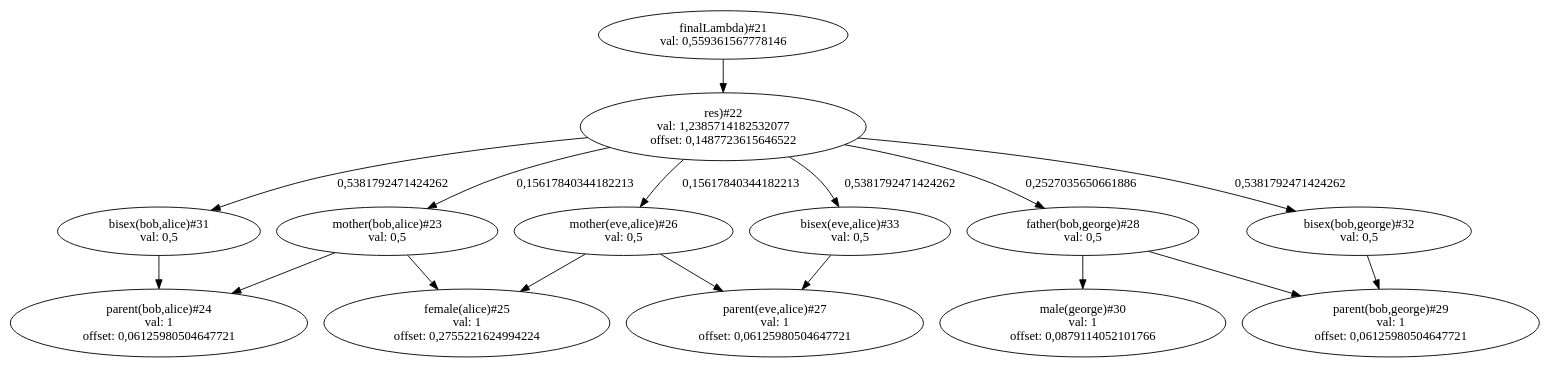
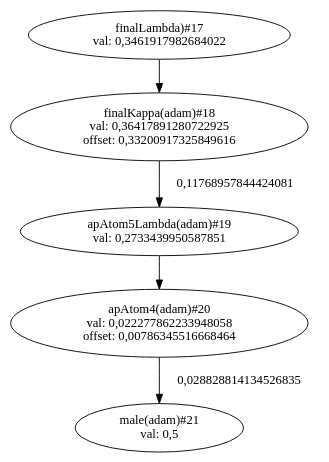
Before and after one commit to GustikS/Neurologic: the diagram in graph.dot, drawn with Graphviz. The commit also changed 11 other files, not shown here.

```diff
--- a/graph.dot
+++ b/graph.dot
@@ -1,66 +1,18 @@
 digraph G {
-"finalLambda)#21
-val: 0,559361567778146" -> "res)#22
-val: 1,2385714182532077
-offset: 0,1487723615646522";
-"res)#22
-val: 1,2385714182532077
-offset: 0,1487723615646522" -> "mother(bob,alice)#23
-val: 0,5" [ label = "0,15617840344182213" ];
-"mother(bob,alice)#23
-val: 0,5" -> "parent(bob,alice)#24
-val: 1
-offset: 0,06125980504647721";
-"mother(bob,alice)#23
-val: 0,5" -> "female(alice)#25
-val: 1
-offset: 0,2755221624994224";
-"res)#22
-val: 1,2385714182532077
-offset: 0,1487723615646522" -> "mother(eve,alice)#26
-val: 0,5" [ label = "0,15617840344182213" ];
-"mother(eve,alice)#26
-val: 0,5" -> "parent(eve,alice)#27
-val: 1
-offset: 0,06125980504647721";
-"mother(eve,alice)#26
-val: 0,5" -> "female(alice)#25
-val: 1
-offset: 0,2755221624994224";
-"res)#22
-val: 1,2385714182532077
-offset: 0,1487723615646522" -> "father(bob,george)#28
-val: 0,5" [ label = "0,2527035650661886" ];
-"father(bob,george)#28
-val: 0,5" -> "parent(bob,george)#29
-val: 1
-offset: 0,06125980504647721";
-"father(bob,george)#28
-val: 0,5" -> "male(george)#30
-val: 1
-offset: 0,0879114052101766";
-"res)#22
-val: 1,2385714182532077
-offset: 0,1487723615646522" -> "bisex(eve,alice)#33
-val: 0,5" [ label = "0,5381792471424262" ];
-"bisex(eve,alice)#33
-val: 0,5" -> "parent(eve,alice)#27
-val: 1
-offset: 0,06125980504647721";
-"res)#22
-val: 1,2385714182532077
-offset: 0,1487723615646522" -> "bisex(bob,alice)#31
-val: 0,5" [ label = "0,5381792471424262" ];
-"bisex(bob,alice)#31
-val: 0,5" -> "parent(bob,alice)#24
-val: 1
-offset: 0,06125980504647721";
-"res)#22
-val: 1,2385714182532077
-offset: 0,1487723615646522" -> "bisex(bob,george)#32
-val: 0,5" [ label = "0,5381792471424262" ];
-"bisex(bob,george)#32
-val: 0,5" -> "parent(bob,george)#29
-val: 1
-offset: 0,06125980504647721";
+"finalLambda)#17
+val: 0,3461917982684022" -> "finalKappa(adam)#18
+val: 0,36417891280722925
+offset: 0,33200917325849616";
+"finalKappa(adam)#18
+val: 0,36417891280722925
+offset: 0,33200917325849616" -> "apAtom5Lambda(adam)#19
+val: 0,2733439950587851" [ label = "0,11768957844424081" ];
+"apAtom5Lambda(adam)#19
+val: 0,2733439950587851" -> "apAtom4(adam)#20
+val: 0,022277862233948058
+offset: 0,00786345516668464";
+"apAtom4(adam)#20
+val: 0,022277862233948058
+offset: 0,00786345516668464" -> "male(adam)#21
+val: 0,5" [ label = "0,028828814134526835" ];
 }
```
